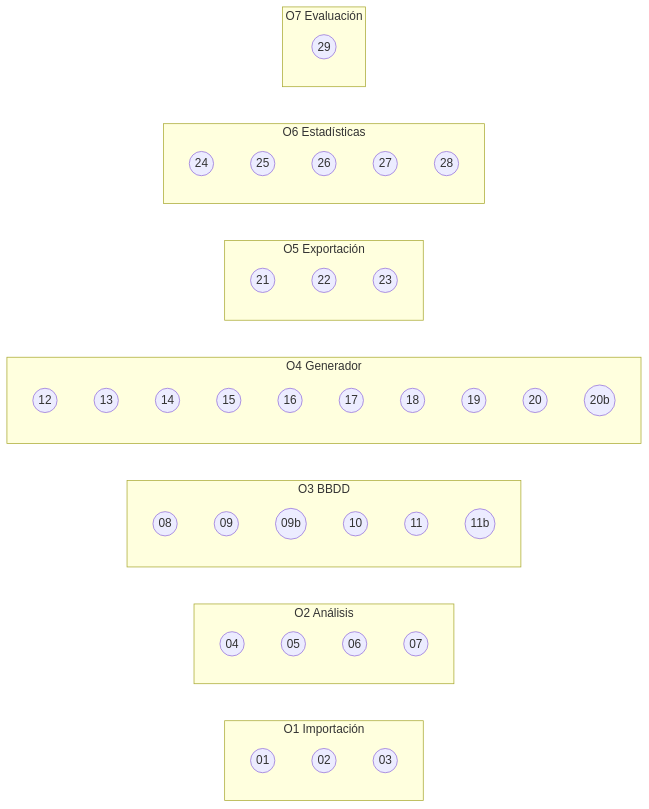
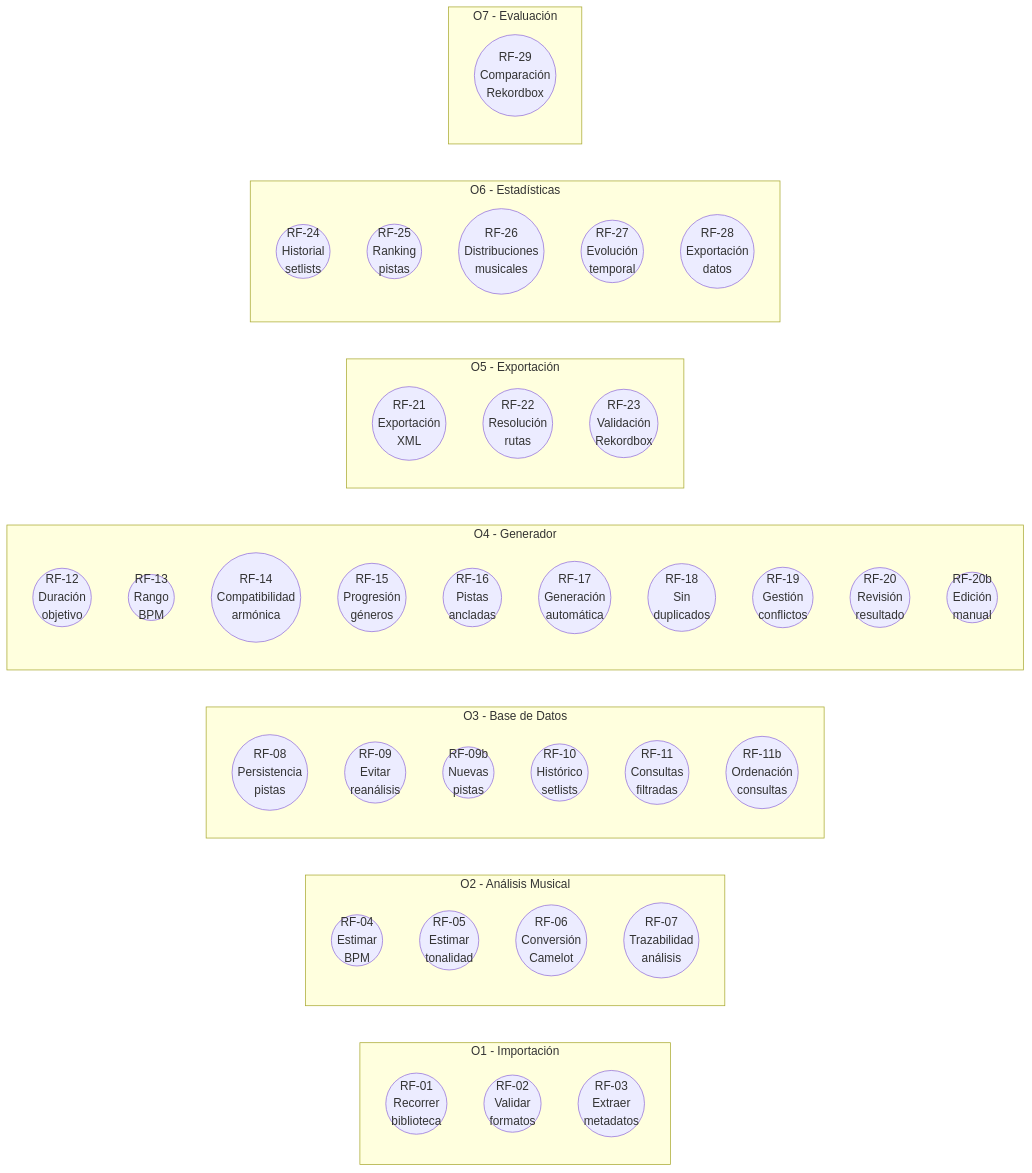
The second of 4 diagrams in docs/requirements/requirements.md (pabloo806/Trabajo-de-Fin-de-Grado), drawn with Mermaid before and after one commit. The commit also changed other lines of this file, not shown here.

Commit message:
Update requirement sections with improved formatting

````diff
--- a/docs/requirements/requirements.md
+++ b/docs/requirements/requirements.md
@@ -144,56 +145,56 @@
 ```mermaid
 flowchart LR
 
-    subgraph O1["O1 Importación"]
-        RF01((01))
-        RF02((02))
-        RF03((03))
+    subgraph O1["O1 - Importación"]
+        RF01(("RF-01<br/>Recorrer<br/>biblioteca"))
+        RF02(("RF-02<br/>Validar<br/>formatos"))
+        RF03(("RF-03<br/>Extraer<br/>metadatos"))
     end
 
-    subgraph O2["O2 Análisis"]
-        RF04((04))
-        RF05((05))
-        RF06((06))
-        RF07((07))
+    subgraph O2["O2 - Análisis Musical"]
+        RF04(("RF-04<br/>Estimar<br/>BPM"))
+        RF05(("RF-05<br/>Estimar<br/>tonalidad"))
+        RF06(("RF-06<br/>Conversión<br/>Camelot"))
+        RF07(("RF-07<br/>Trazabilidad<br/>análisis"))
     end
 
-    subgraph O3["O3 BBDD"]
-        RF08((08))
-        RF09((09))
-        RF09B((09b))
-        RF10((10))
-        RF11((11))
-        RF11B((11b))
+    subgraph O3["O3 - Base de Datos"]
+        RF08(("RF-08<br/>Persistencia<br/>pistas"))
+        RF09(("RF-09<br/>Evitar<br/>reanálisis"))
+        RF09B(("RF-09b<br/>Nuevas<br/>pistas"))
+        RF10(("RF-10<br/>Histórico<br/>setlists"))
+        RF11(("RF-11<br/>Consultas<br/>filtradas"))
+        RF11B(("RF-11b<br/>Ordenación<br/>consultas"))
     end
 
-    subgraph O4["O4 Generador"]
-        RF12((12))
-        RF13((13))
-        RF14((14))
-        RF15((15))
-        RF16((16))
-        RF17((17))
-        RF18((18))
-        RF19((19))
-        RF20((20))
-        RF20B((20b))
+    subgraph O4["O4 - Generador"]
+        RF12(("RF-12<br/>Duración<br/>objetivo"))
+        RF13(("RF-13<br/>Rango<br/>BPM"))
+        RF14(("RF-14<br/>Compatibilidad<br/>armónica"))
+        RF15(("RF-15<br/>Progresión<br/>géneros"))
+        RF16(("RF-16<br/>Pistas<br/>ancladas"))
+        RF17(("RF-17<br/>Generación<br/>automática"))
+        RF18(("RF-18<br/>Sin<br/>duplicados"))
+        RF19(("RF-19<br/>Gestión<br/>conflictos"))
+        RF20(("RF-20<br/>Revisión<br/>resultado"))
+        RF20B(("RF-20b<br/>Edición<br/>manual"))
     end
 
-    subgraph O5["O5 Exportación"]
-        RF21((21))
-        RF22((22))
-        RF23((23))
+    subgraph O5["O5 - Exportación"]
+        RF21(("RF-21<br/>Exportación<br/>XML"))
+        RF22(("RF-22<br/>Resolución<br/>rutas"))
+        RF23(("RF-23<br/>Validación<br/>Rekordbox"))
     end
 
-    subgraph O6["O6 Estadísticas"]
-        RF24((24))
-        RF25((25))
-        RF26((26))
-        RF27((27))
-        RF28((28))
+    subgraph O6["O6 - Estadísticas"]
+        RF24(("RF-24<br/>Historial<br/>setlists"))
+        RF25(("RF-25<br/>Ranking<br/>pistas"))
+        RF26(("RF-26<br/>Distribuciones<br/>musicales"))
+        RF27(("RF-27<br/>Evolución<br/>temporal"))
+        RF28(("RF-28<br/>Exportación<br/>datos"))
     end
 
-    subgraph O7["O7 Evaluación"]
-        RF29((29))
+    subgraph O7["O7 - Evaluación"]
+        RF29(("RF-29<br/>Comparación<br/>Rekordbox"))
     end
 ```
````
